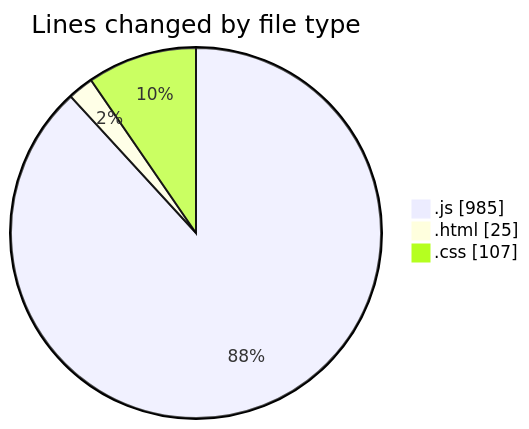
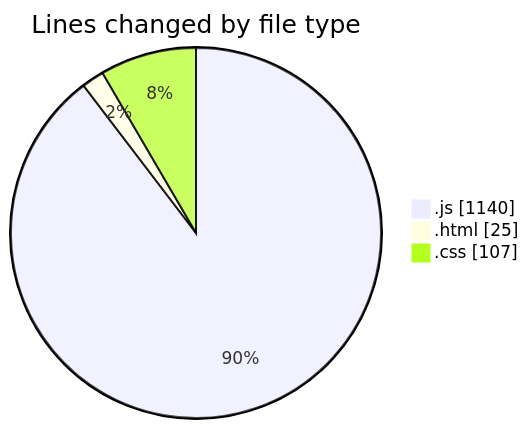
The first of 2 diagrams in 2025-01-19/typing_game/README.md (Ritupan-Deka/code-tracking), drawn with Mermaid before and after one commit. The commit also changed other lines of this file and 1 other file, not shown here.

````diff
--- a/2025-01-19/typing_game/README.md
+++ b/2025-01-19/typing_game/README.md
@@ -22,7 +22,7 @@
 ```mermaid
 pie showData
 title Lines changed by file type
-".js" : 985
+".js" : 1140
 ".html" : 25
 ".css" : 107
 ```
````
